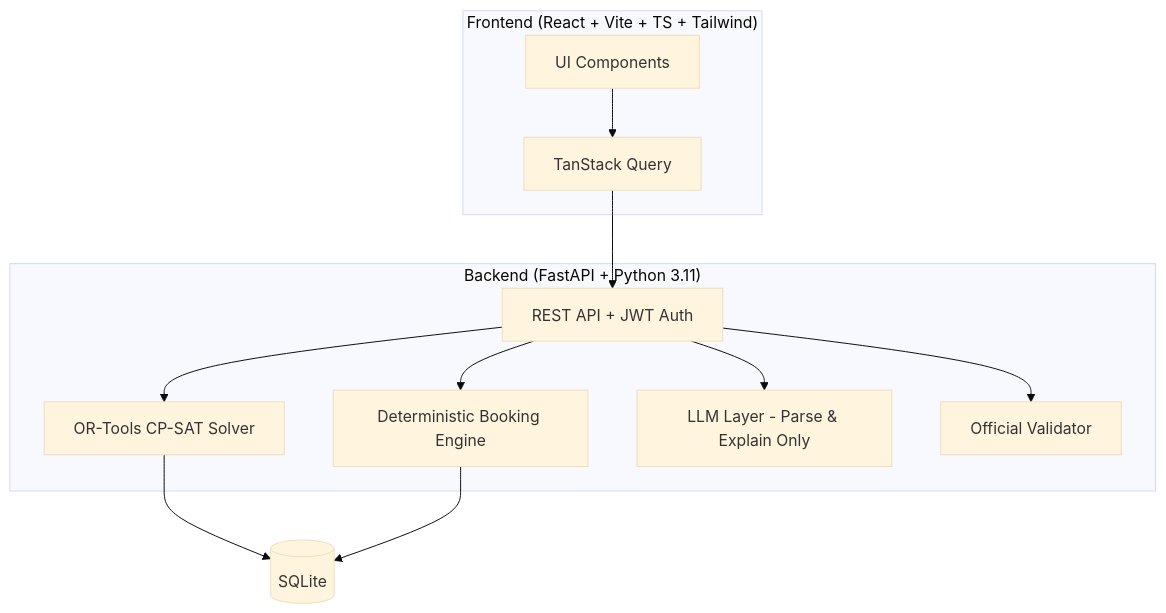
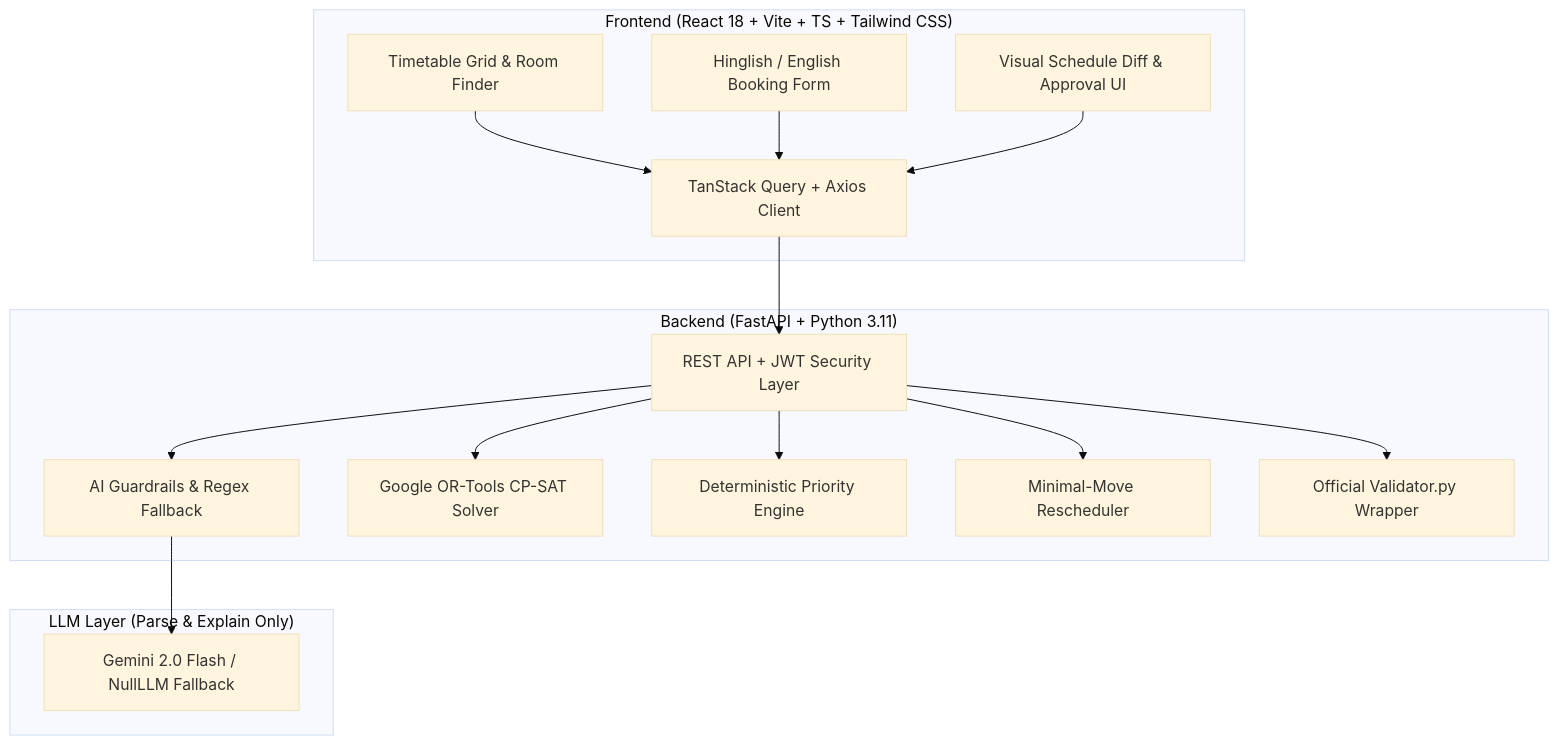
Before and after one commit to eayushsingh/CIT-Campus-Scheduling-and-Venue-Management-Platform: the diagram in README.md, drawn with Mermaid (base theme). The commit also changed other lines of this file and 2 other files, not shown here.

````diff
--- a/README.md
+++ b/README.md
@@ -7,22 +88,31 @@
 ```mermaid
 graph TD
-    subgraph Frontend["Frontend (React + Vite + TS + Tailwind)"]
-        UI[UI Components]
-        TQ[TanStack Query]
+    subgraph Frontend["Frontend (React 18 + Vite + TS + Tailwind CSS)"]
+        UI["Timetable Grid & Room Finder"]
+        AI_UI["Hinglish / English Booking Form"]
+        DIFF["Visual Schedule Diff & Approval UI"]
+        TQ["TanStack Query + Axios Client"]
     end
+
     subgraph Backend["Backend (FastAPI + Python 3.11)"]
-        API[REST API + JWT Auth]
-        SOLVER[OR-Tools CP-SAT Solver]
-        BOOKING[Deterministic Booking Engine]
-        AI[LLM Layer - Parse & Explain Only]
-        VAL[Official Validator]
+        API["REST API + JWT Security Layer"]
+        GUARD["AI Guardrails & Regex Fallback"]
+        CPSAT["Google OR-Tools CP-SAT Solver"]
+        BOOKING["Deterministic Priority Engine"]
+        DISRUPT["Minimal-Move Rescheduler"]
+        VAL["Official Validator.py Wrapper"]
     end
-    DB[(SQLite)]
+
+    subgraph External["LLM Layer (Parse & Explain Only)"]
+        GEMINI["Gemini 2.0 Flash / NullLLM Fallback"]
+    end
+
     UI --> TQ --> API
-    API --> SOLVER
+    AI_UI --> TQ
+    DIFF --> TQ
+    API --> GUARD --> GEMINI
+    API --> CPSAT
     API --> BOOKING
-    API --> AI
+    API --> DISRUPT
     API --> VAL
-    SOLVER --> DB
-    BOOKING --> DB
 ```
````
